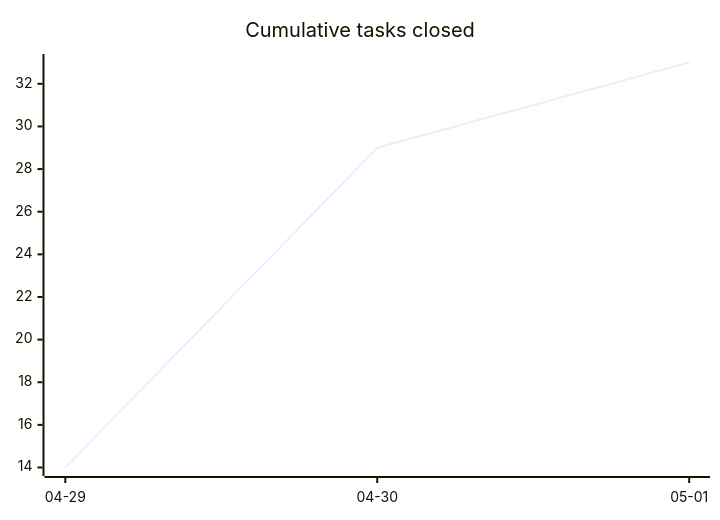
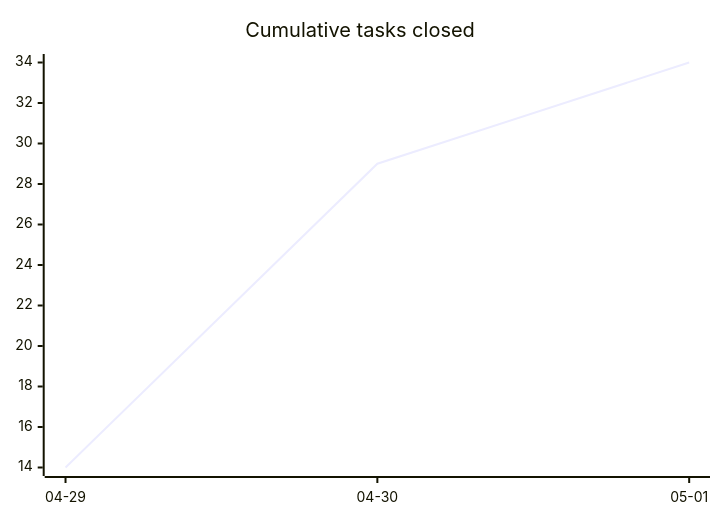
The first of 3 diagrams in docs/developers/tasks/OVERVIEW.md (tgd1975/AwesomeStudioPedal), drawn with Mermaid before and after one commit. The commit also changed other lines of this file and 3 other files, not shown here.

````diff
--- a/docs/developers/tasks/OVERVIEW.md
+++ b/docs/developers/tasks/OVERVIEW.md
@@ -22,6 +22,6 @@
 ```mermaid
 xychart-beta
     title "Cumulative tasks closed"
     x-axis ["04-29", "04-30", "05-01"]
-    line [14, 29, 33]
+    line [14, 29, 34]
 ```
````
